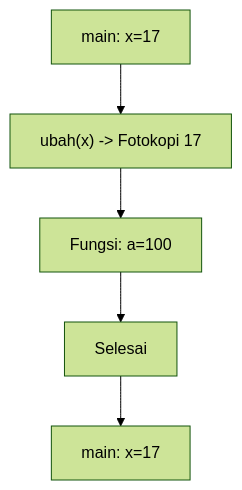
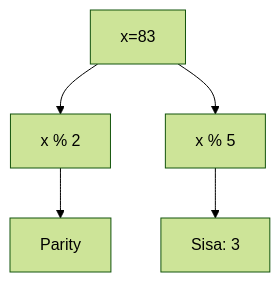
One commit to amnahwaida/OSNK_INF_PREP changed diagram 15 of 25 in part-c-pemahaman-cpp/04-fungsi/latihan/set-09.md. Above: the diagram before and after it, drawn with Mermaid (forest theme). The commit also changed other lines of this file and 71 other files, not shown here.

````diff
--- a/part-c-pemahaman-cpp/04-fungsi/latihan/set-09.md
+++ b/part-c-pemahaman-cpp/04-fungsi/latihan/set-09.md
@@ -518,7 +439,7 @@
 ```mermaid
 graph TD
-    A[main: x=17] --> B["ubah(x) -> Fotokopi 17"]
-    B --> C[Fungsi: a=100]
-    C --> D[Selesai]
-    D --> E[main: x=17]
+A[x=83] --> B[x % 2]
+B --> C[Parity]
+A --> D[x % 5]
+D --> E[Sisa: 3]
 ```
````
